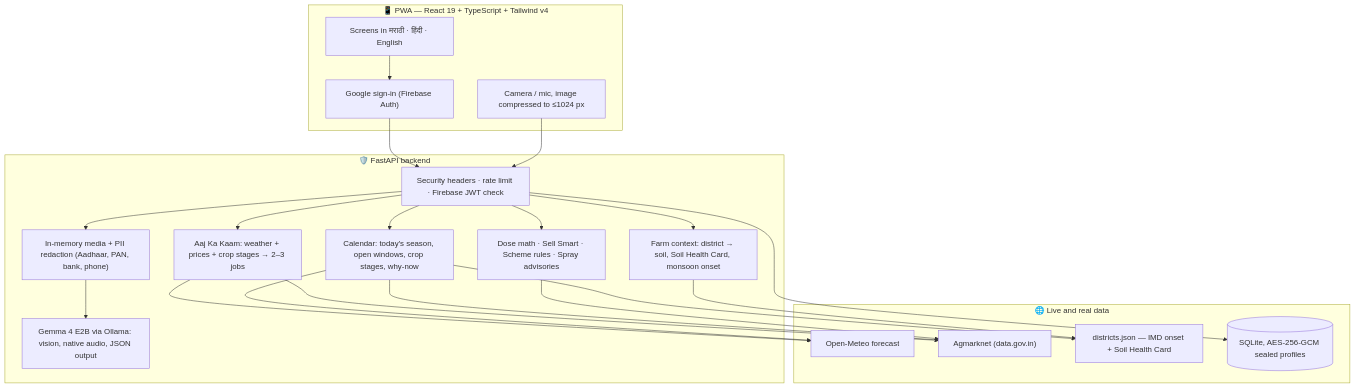
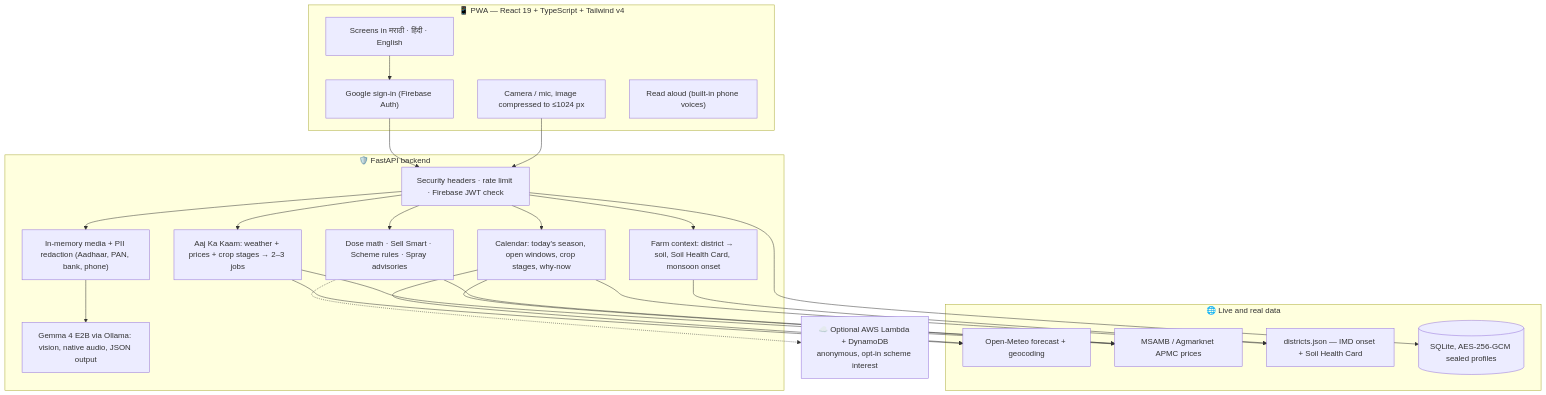
Before and after one commit to AmanDadsena/Arth: the diagram in README.md, drawn with Mermaid. The commit also changed other lines of this file and 1 other file, not shown here.

````diff
--- a/README.md
+++ b/README.md
@@ -179,35 +238,39 @@
 ```mermaid
 flowchart TD
     subgraph Phone["📱 PWA — React 19 + TypeScript + Tailwind v4"]
         UI["Screens in मराठी · हिंदी · English"]
         Auth["Google sign-in (Firebase Auth)"]
         Cam["Camera / mic, image compressed to ≤1024 px"]
+        TTS["Read aloud (built-in phone voices)"]
     end
 
     subgraph API["🛡️ FastAPI backend"]
         MW["Security headers · rate limit · Firebase JWT check"]
         Farm["Farm context: district → soil, Soil Health Card, monsoon onset"]
         Cal["Calendar: today's season, open windows, crop stages, why-now"]
         Brief["Aaj Ka Kaam: weather + prices + crop stages → 2–3 jobs"]
         Rules["Dose math · Sell Smart · Scheme rules · Spray advisories"]
         PII["In-memory media + PII redaction (Aadhaar, PAN, bank, phone)"]
         AI["Gemma 4 E2B via Ollama: vision, native audio, JSON output"]
     end
 
     subgraph Data["🌐 Live and real data"]
-        OM["Open-Meteo forecast"]
-        AG["Agmarknet (data.gov.in)"]
+        OM["Open-Meteo forecast + geocoding"]
+        AG["MSAMB / Agmarknet APMC prices"]
         DS["districts.json — IMD onset + Soil Health Card"]
         DB[("SQLite, AES-256-GCM sealed profiles")]
     end
+
+    Sync["☁️ Optional AWS Lambda + DynamoDB<br/>anonymous, opt-in scheme interest"]
 
     UI --> Auth --> MW
     Cam --> MW
     MW --> Brief & Cal & Farm & Rules & PII
     PII --> AI
     Brief --> OM & AG
     Cal --> OM & AG & DS
     Farm --> DS
     Rules --> AG
     MW --> DB
+    Rules -.-> Sync
 ```
````
